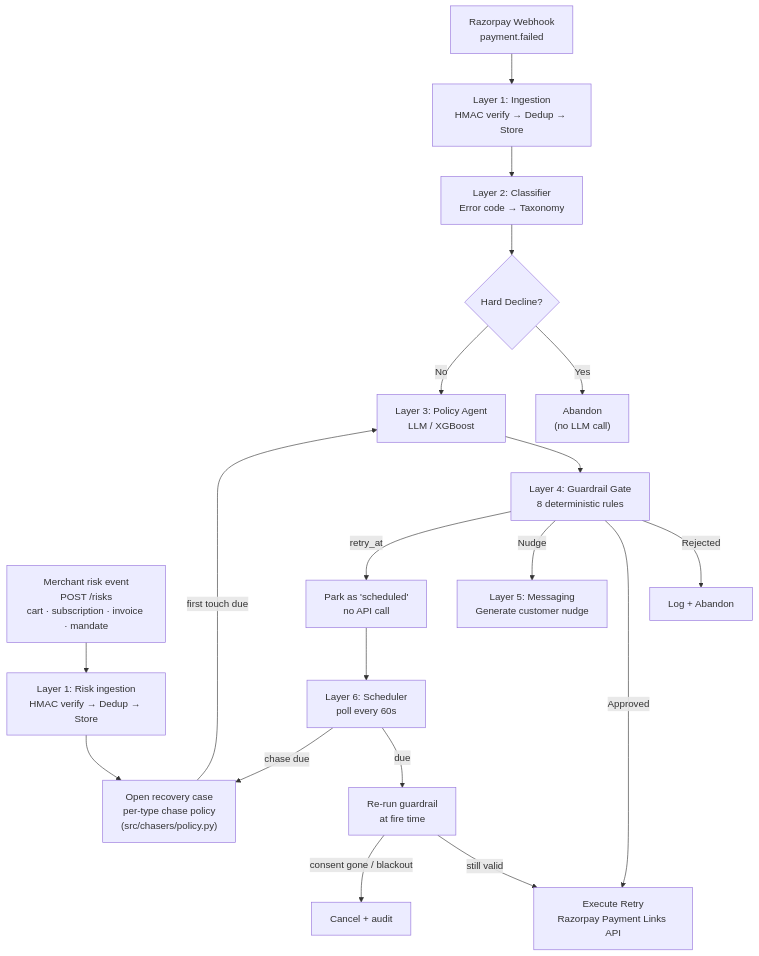
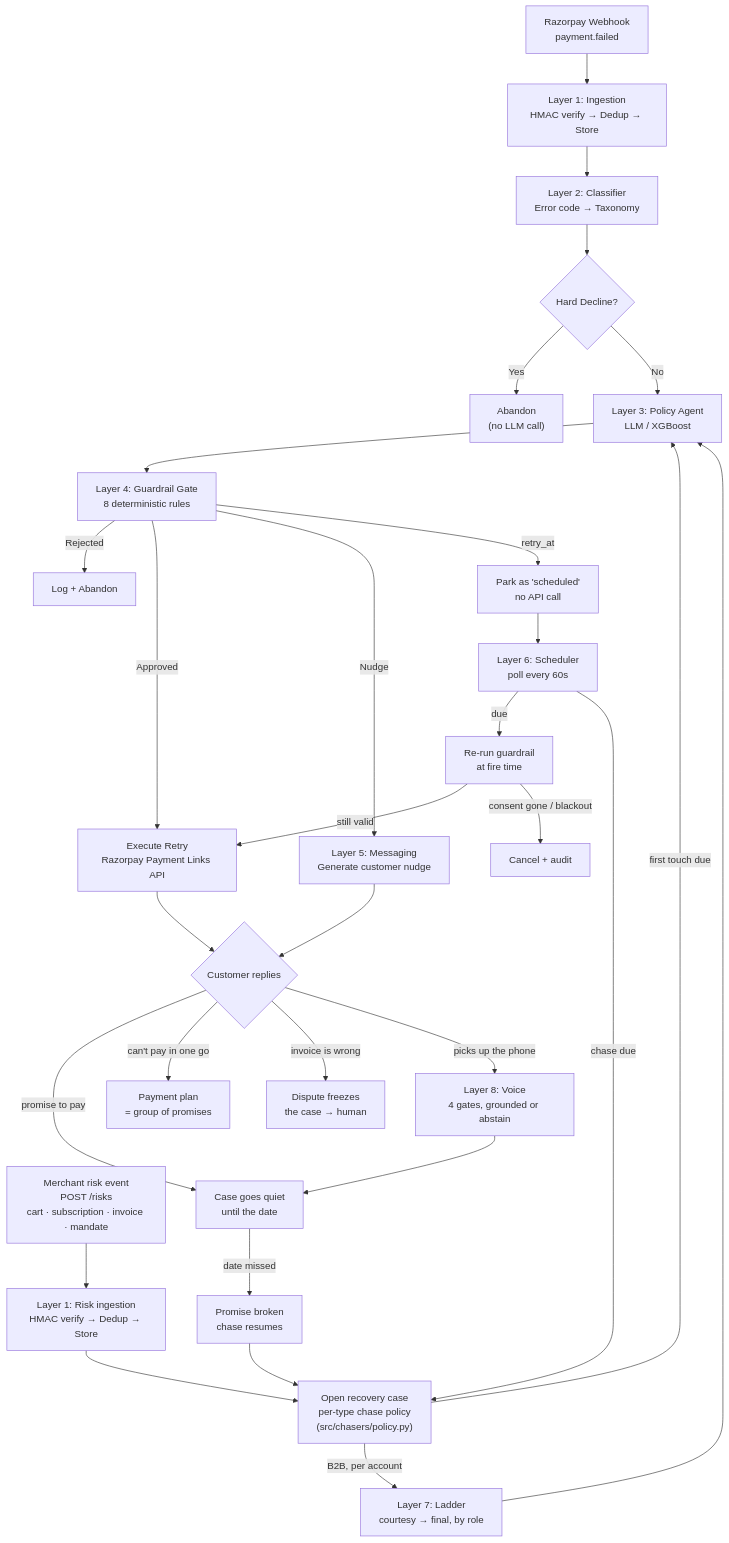
One commit to jitheender-ops/payment-recovery-engine changed the diagram in README.md. Above: the diagram before and after it, drawn with Mermaid. The commit also changed other lines of this file and 99 other files, not shown here.

````diff
--- a/README.md
+++ b/README.md
@@ -140,21 +164,33 @@
 ```mermaid
 flowchart TD
     A["Razorpay Webhook<br>payment.failed"] --> B["Layer 1: Ingestion<br>HMAC verify → Dedup → Store"]
     A2["Merchant risk event<br>POST /risks<br>cart · subscription · invoice · mandate"] --> B2["Layer 1: Risk ingestion<br>HMAC verify → Dedup → Store"]
     B --> C["Layer 2: Classifier<br>Error code → Taxonomy"]
     B2 --> C2["Open recovery case<br>per-type chase policy<br>(src/chasers/policy.py)"]
     C --> D{"Hard Decline?"}
     D -->|Yes| E["Abandon<br>(no LLM call)"]
     D -->|No| F["Layer 3: Policy Agent<br>LLM / XGBoost"]
     C2 -->|first touch due| F
     F --> G["Layer 4: Guardrail Gate<br>8 deterministic rules"]
     G -->|Rejected| H["Log + Abandon"]
     G -->|Approved| I["Execute Retry<br>Razorpay Payment Links API"]
     G -->|Nudge| J["Layer 5: Messaging<br>Generate customer nudge"]
     G -->|retry_at| K["Park as 'scheduled'<br>no API call"]
     K --> L["Layer 6: Scheduler<br>poll every 60s"]
     L -->|due| M["Re-run guardrail<br>at fire time"]
     L -->|chase due| C2
     M -->|still valid| I
     M -->|consent gone / blackout| N["Cancel + audit"]
+
+    I --> R{"Customer replies"}
+    J --> R
+    R -->|"promise to pay"| S["Case goes quiet<br>until the date"]
+    R -->|"can't pay in one go"| T["Payment plan<br>= group of promises"]
+    R -->|"invoice is wrong"| U["Dispute freezes<br>the case → human"]
+    R -->|"picks up the phone"| V["Layer 8: Voice<br>4 gates, grounded or abstain"]
+    V --> S
+    S -->|"date missed"| W["Promise broken<br>chase resumes"]
+    W --> C2
+    C2 -->|"B2B, per account"| X["Layer 7: Ladder<br>courtesy → final, by role"]
+    X --> F
 ```
````
